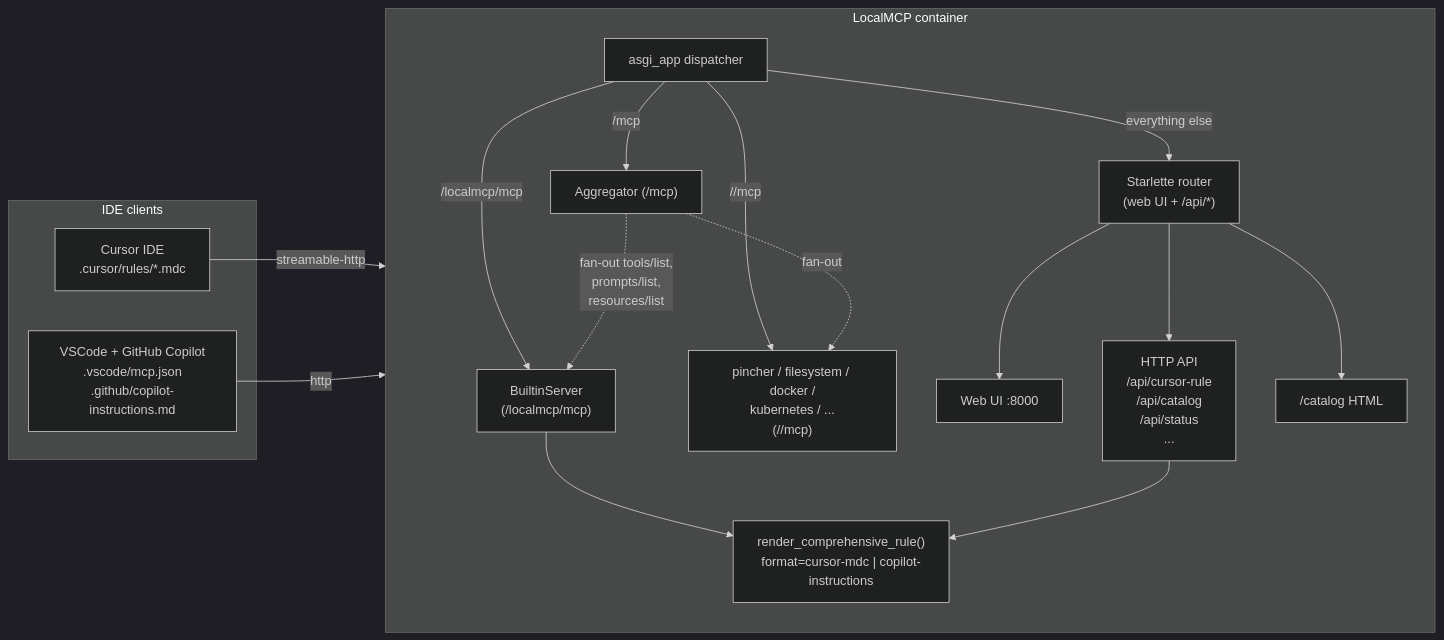
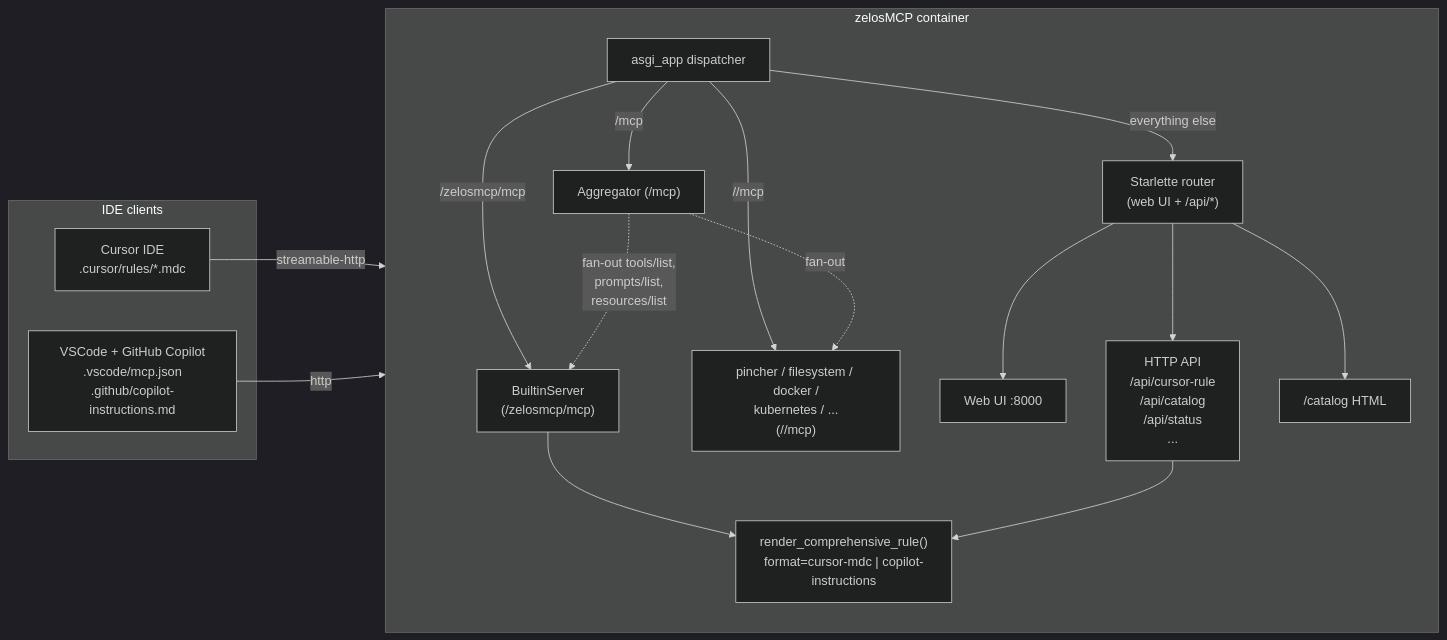
One commit to kmechlin/zelosmcp changed the first of 6 diagrams in docs/architecture.md. Above: the diagram before and after it, drawn with Mermaid (dark theme). The commit also changed other lines of this file and 52 other files, not shown here.

````diff
--- a/docs/architecture.md
+++ b/docs/architecture.md
@@ -14,32 +14,32 @@
 ```mermaid
 flowchart LR
   subgraph clients [IDE clients]
     cursor["Cursor IDE\n.cursor/rules/*.mdc"]
     vscode["VSCode + GitHub Copilot\n.vscode/mcp.json\n.github/copilot-instructions.md"]
   end
-  subgraph proxy [LocalMCP container]
+  subgraph proxy [zelosMCP container]
     direction TB
     dispatch["asgi_app dispatcher"]
     starlette["Starlette router\n(web UI + /api/*)"]
     agg["Aggregator (/mcp)"]
-    builtin["BuiltinServer\n(/localmcp/mcp)"]
+    builtin["BuiltinServer\n(/zelosmcp/mcp)"]
     other["pincher / filesystem / docker /\nkubernetes / ...\n(/<name>/mcp)"]
     api["HTTP API\n/api/cursor-rule\n/api/catalog\n/api/status\n..."]
     ui["Web UI :8000"]
     catalogPage["/catalog HTML"]
     gen["render_comprehensive_rule()\nformat=cursor-mdc | copilot-instructions"]
   end
   cursor -->|"streamable-http"| dispatch
   vscode -->|"http"| dispatch
   dispatch -->|"/mcp"| agg
-  dispatch -->|"/localmcp/mcp"| builtin
+  dispatch -->|"/zelosmcp/mcp"| builtin
   dispatch -->|"/<name>/mcp"| other
   dispatch -->|"everything else"| starlette
   starlette --> ui
   starlette --> api
   starlette --> catalogPage
   agg -.->|"fan-out tools/list,\nprompts/list,\nresources/list"| builtin
   agg -.->|"fan-out"| other
   builtin --> gen
   api --> gen
 ```
````
